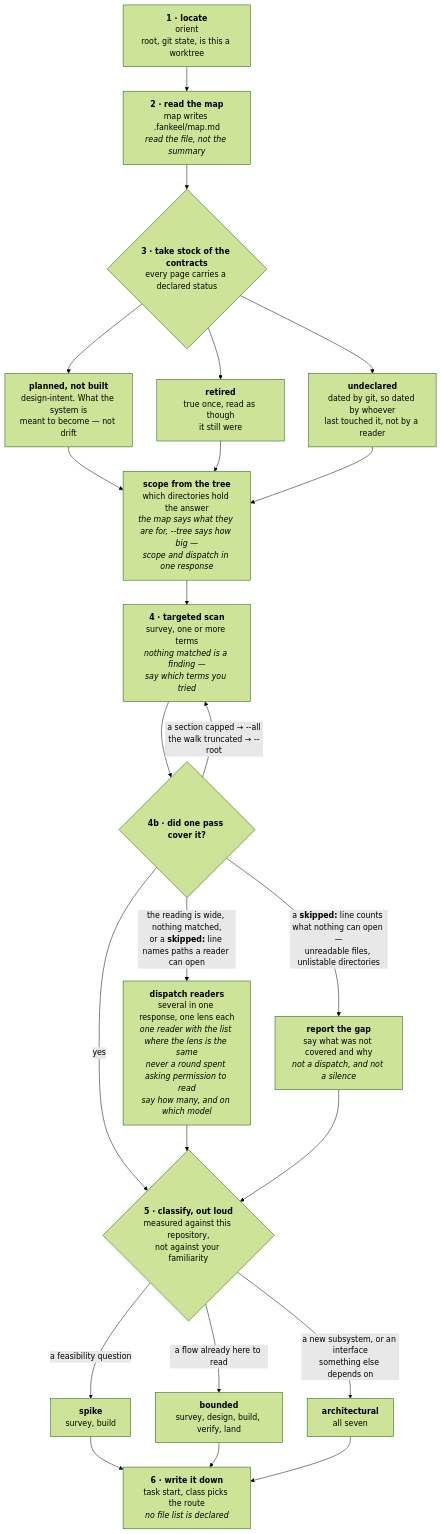
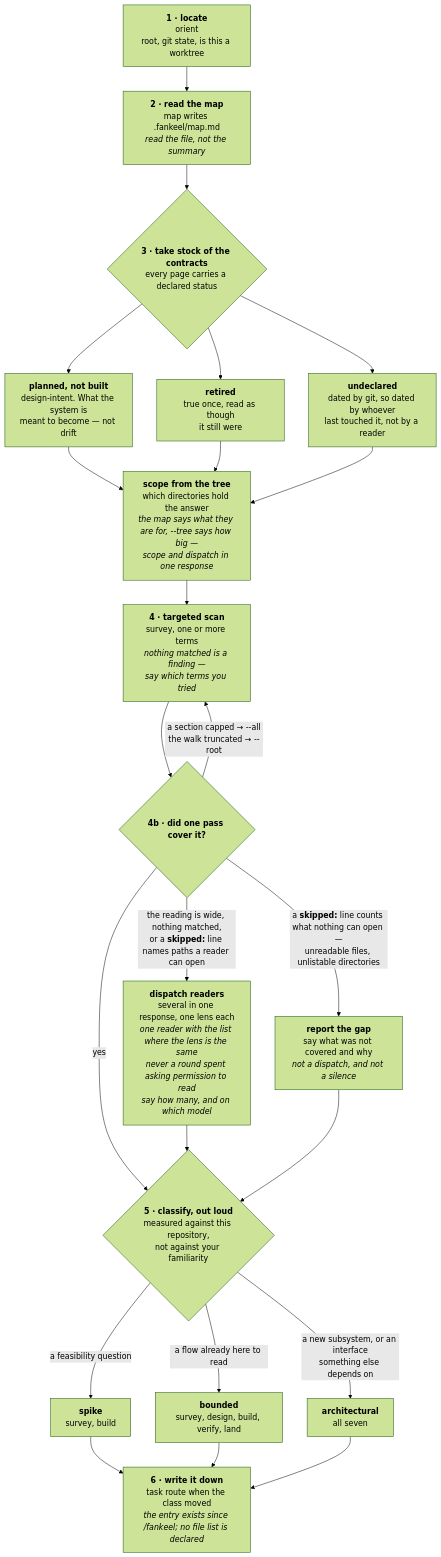
Before and after one commit to FanFantom9452/FanKeel: the first of 8 diagrams in docs/pipeline.md, drawn with Mermaid (forest theme). The commit also changed 5 other files, not shown here.

````diff
--- a/docs/pipeline.md
+++ b/docs/pipeline.md
@@ -337,41 +337,41 @@
 ```mermaid
 flowchart TD
     A["<b>1 · locate</b><br/>orient<br/>root, git state, is this a worktree"]
     B["<b>2 · read the map</b><br/>map writes .fankeel/map.md<br/><i>read the file, not the summary</i>"]
     C{"<b>3 · take stock of the contracts</b><br/>every page carries a declared status"}
     C1["<b>planned, not built</b><br/>design-intent. What the system is<br/>meant to become — not drift"]
     C2["<b>retired</b><br/>true once, read as though<br/>it still were"]
     C3["<b>undeclared</b><br/>dated by git, so dated by whoever<br/>last touched it, not by a reader"]
     D0["<b>scope from the tree</b><br/>which directories hold the answer<br/><i>the map says what they are for, --tree says how big —<br/>scope and dispatch in one response</i>"]
     D["<b>4 · targeted scan</b><br/>survey, one or more terms<br/><i>nothing matched is a finding —<br/>say which terms you tried</i>"]
     D2{"<b>4b · did one pass cover it?</b>"}
     D4["<b>report the gap</b><br/>say what was not covered and why<br/><i>not a dispatch, and not a silence</i>"]
     D3["<b>dispatch readers</b><br/>several in one response, one lens each<br/><i>one reader with the list where the lens is the same</i><br/><i>never a round spent asking permission to read</i><br/><i>say how many, and on which model</i>"]
     E{"<b>5 · classify, out loud</b><br/>measured against this repository,<br/>not against your familiarity"}
     E1["<b>spike</b><br/>survey, build"]
     E2["<b>bounded</b><br/>survey, design, build, verify, land"]
     E3["<b>architectural</b><br/>all seven"]
-    F["<b>6 · write it down</b><br/>task start, class picks the route<br/><i>no file list is declared</i>"]
+    F["<b>6 · write it down</b><br/>task route when the class moved<br/><i>the entry exists since /fankeel; no file list is declared</i>"]
 
     A --> B --> C
     C --> C1
     C --> C2
     C --> C3
     C1 --> D0
     C2 --> D0
     C3 --> D0
     D0 --> D
     D --> D2
     D2 -- "a section capped → --all<br/>the walk truncated → --root" --> D
     D2 -- "the reading is wide, nothing matched,<br/>or a <b>skipped:</b> line names paths a reader can open" --> D3
     D2 -- "a <b>skipped:</b> line counts what nothing can open —<br/>unreadable files, unlistable directories" --> D4
     D2 -- yes --> E
     D3 --> E
     D4 --> E
     E -- "a feasibility question" --> E1
     E -- "a flow already here to read" --> E2
     E -- "a new subsystem, or an interface<br/>something else depends on" --> E3
     E1 --> F
     E2 --> F
     E3 --> F
 ```
````
